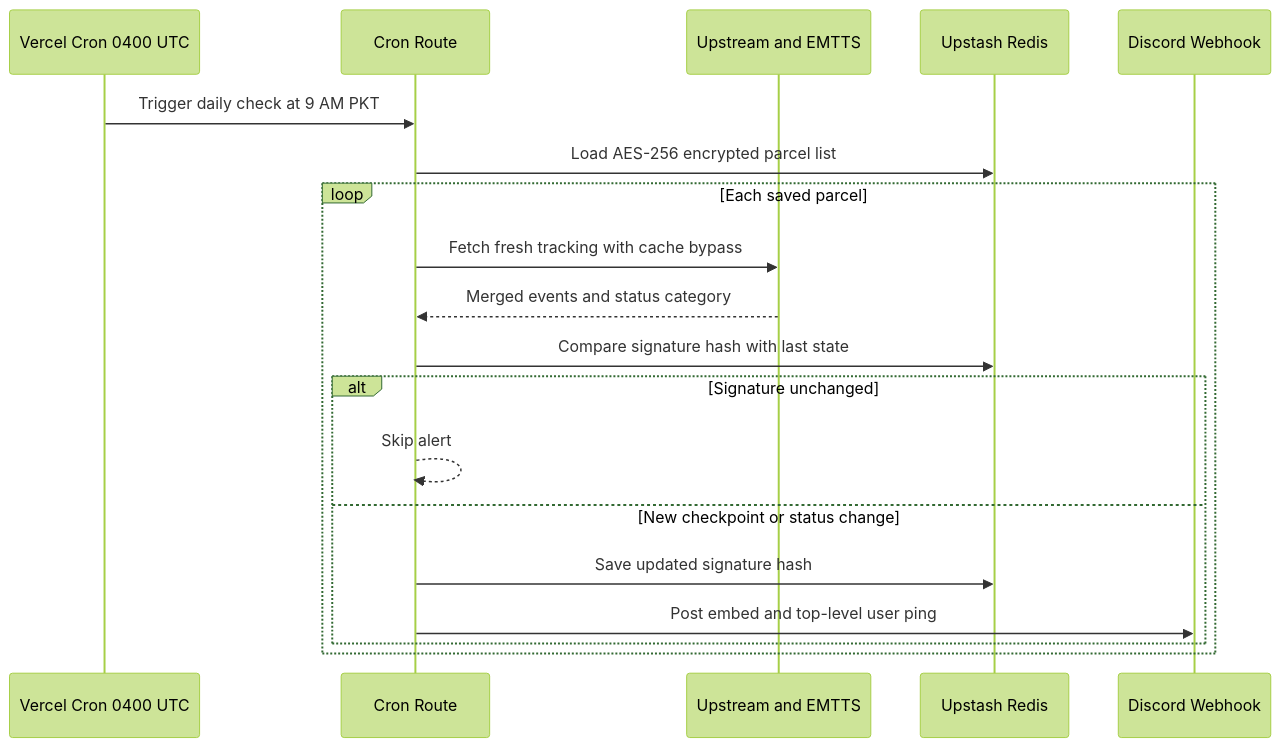
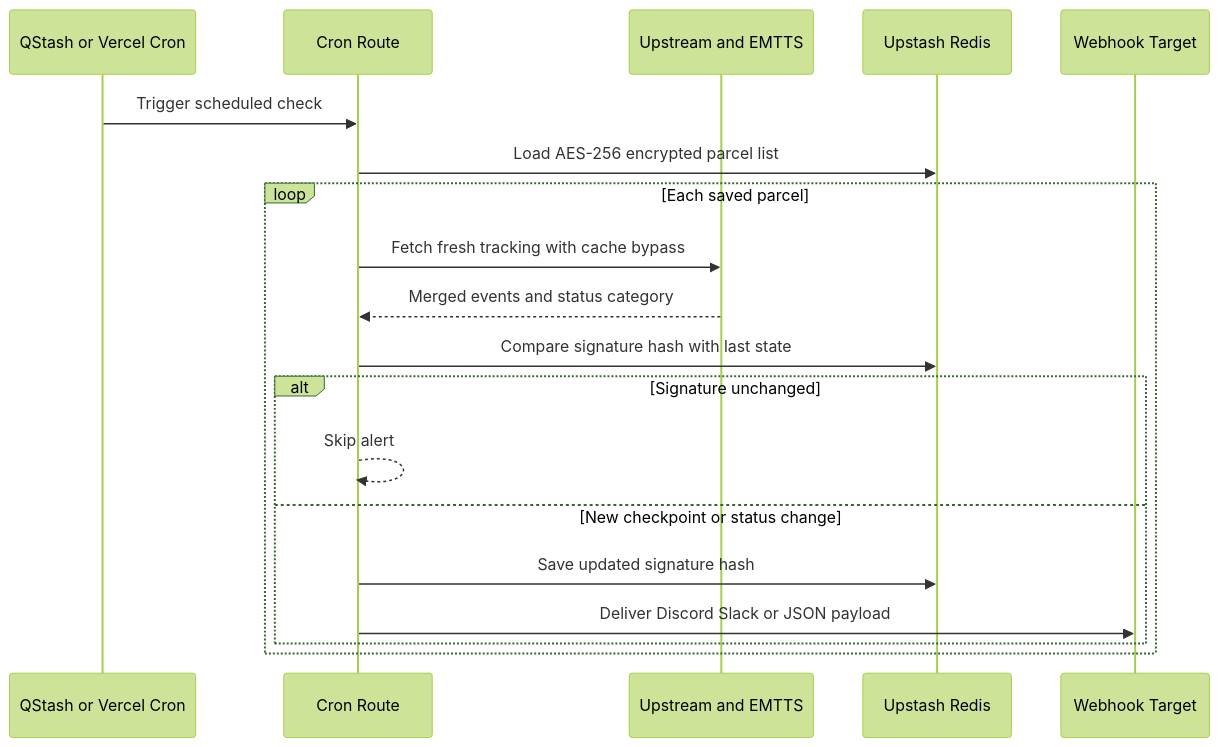
Before and after one commit to umerkashiff/pakpost-tracker: the second of 2 diagrams in README.md, drawn with Mermaid (forest theme). The commit also changed other lines of this file and 10 other files, not shown here.

````diff
--- a/README.md
+++ b/README.md
@@ -68,22 +68,22 @@
 ```mermaid
 sequenceDiagram
-    participant Cron as Vercel Cron 0400 UTC
+    participant Scheduler as QStash or Vercel Cron
     participant API as Cron Route
     participant Tracker as Upstream and EMTTS
     participant Redis as Upstash Redis
-    participant Discord as Discord Webhook
+    participant Hook as Webhook Target
 
-    Cron->>API: Trigger daily check at 9 AM PKT
+    Scheduler->>API: Trigger scheduled check
     API->>Redis: Load AES-256 encrypted parcel list
     loop Each saved parcel
         API->>Tracker: Fetch fresh tracking with cache bypass
         Tracker-->>API: Merged events and status category
         API->>Redis: Compare signature hash with last state
         alt Signature unchanged
             API-->>API: Skip alert
         else New checkpoint or status change
             API->>Redis: Save updated signature hash
-            API->>Discord: Post embed and top-level user ping
+            API->>Hook: Deliver Discord Slack or JSON payload
         end
     end
 ```
````
